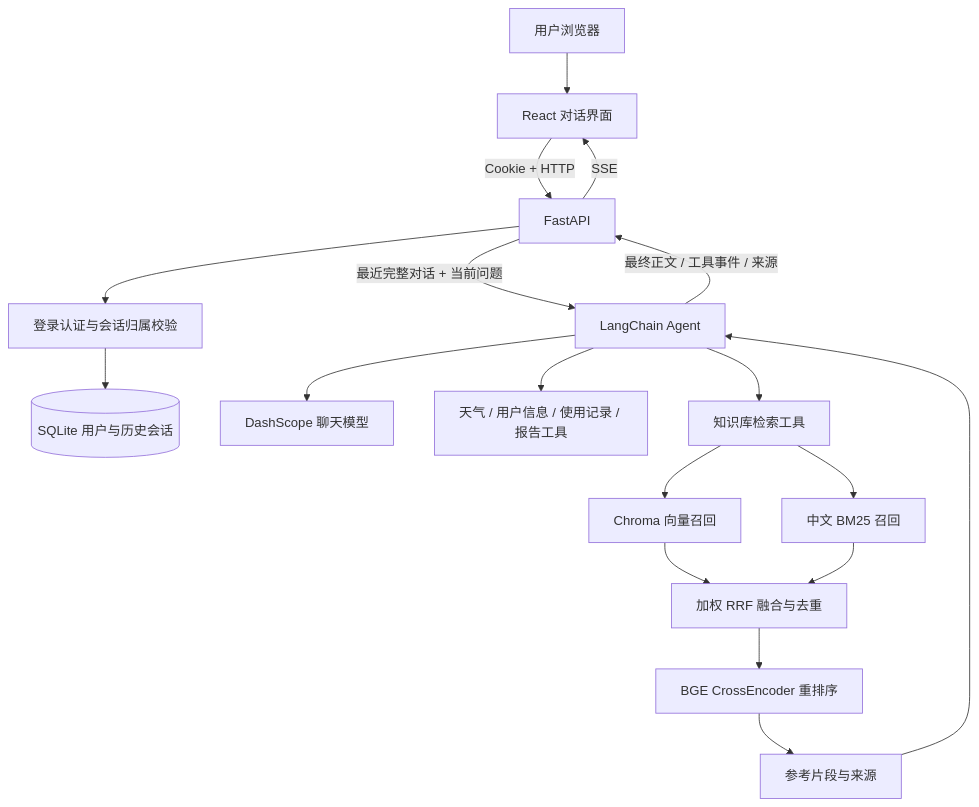
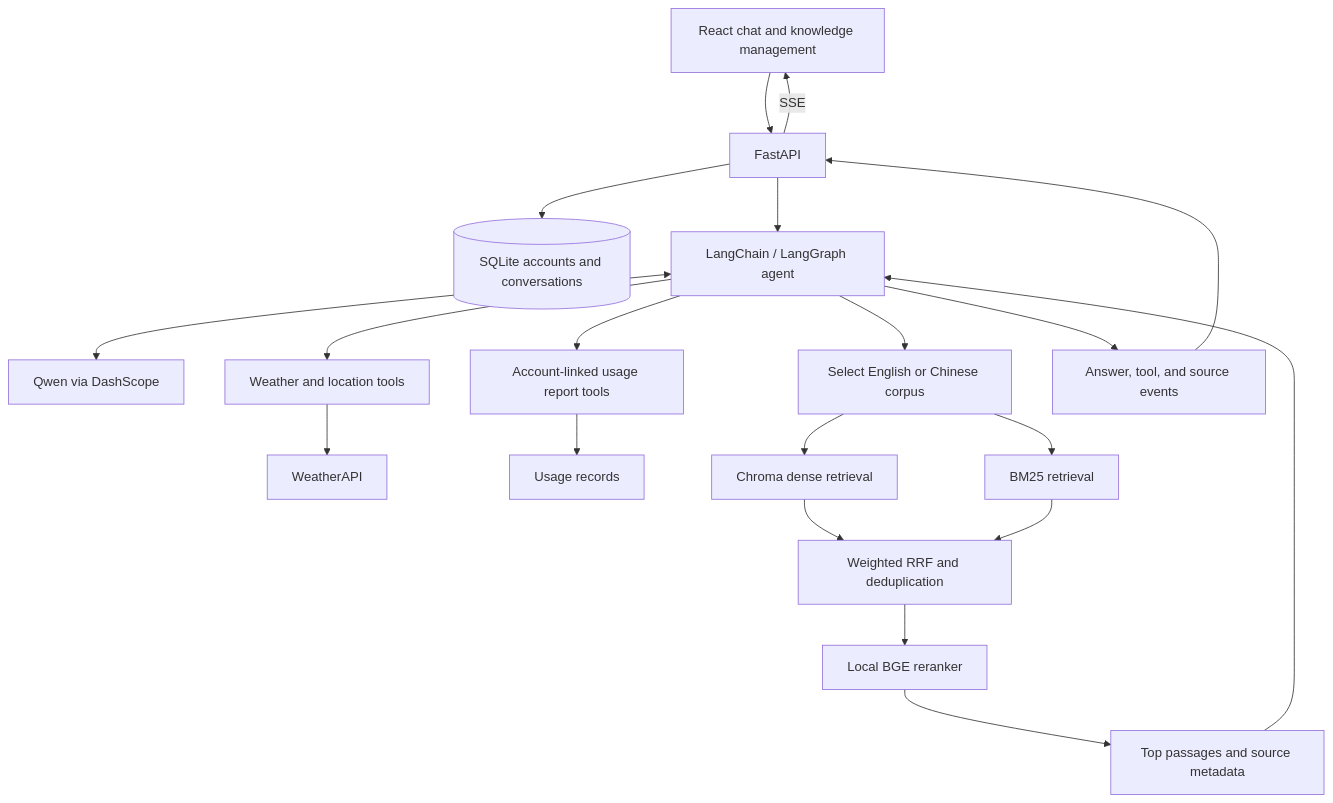
One commit to Sodame/SweepWise changed the diagram in README.md. Above: the diagram before and after it, drawn with Mermaid. The commit also changed other lines of this file, not shown here.

````diff
--- a/README.md
+++ b/README.md
@@ -74,20 +22,22 @@
 ```mermaid
 flowchart TD
-    U[用户浏览器] --> UI[React 对话界面]
-    UI -->|Cookie + HTTP| API[FastAPI]
-    API --> AUTH[登录认证与会话归属校验]
-    AUTH --> DB[(SQLite 用户与历史会话)]
-    API -->|最近完整对话 + 当前问题| AG[LangChain Agent]
-    AG --> LLM[DashScope 聊天模型]
-    AG --> TOOLS[天气 / 用户信息 / 使用记录 / 报告工具]
-    AG --> RAG[知识库检索工具]
-    RAG --> DENSE[Chroma 向量召回]
-    RAG --> BM25[中文 BM25 召回]
-    DENSE --> RRF[加权 RRF 融合与去重]
-    BM25 --> RRF
-    RRF --> BGE[BGE CrossEncoder 重排序]
-    BGE --> CTX[参考片段与来源]
-    CTX --> AG
-    AG -->|最终正文 / 工具事件 / 来源| API
+    UI[React chat and knowledge management] --> API[FastAPI]
+    API --> DB[(SQLite accounts and conversations)]
+    API --> AG[LangChain / LangGraph agent]
+    AG <--> LLM[Qwen via DashScope]
+    AG --> WEATHER[Weather and location tools]
+    WEATHER --> WA[WeatherAPI]
+    AG --> REPORT[Account-linked usage report tools]
+    REPORT --> CSV[Usage records]
+    AG --> ROUTE[Select English or Chinese corpus]
+    ROUTE --> DENSE[Chroma dense retrieval]
+    ROUTE --> SPARSE[BM25 retrieval]
+    DENSE --> RRF[Weighted RRF and deduplication]
+    SPARSE --> RRF
+    RRF --> BGE[Local BGE reranker]
+    BGE --> CONTEXT[Top passages and source metadata]
+    CONTEXT --> AG
+    AG --> EVENTS[Answer, tool, and source events]
+    EVENTS --> API
     API -->|SSE| UI
 ```
````
